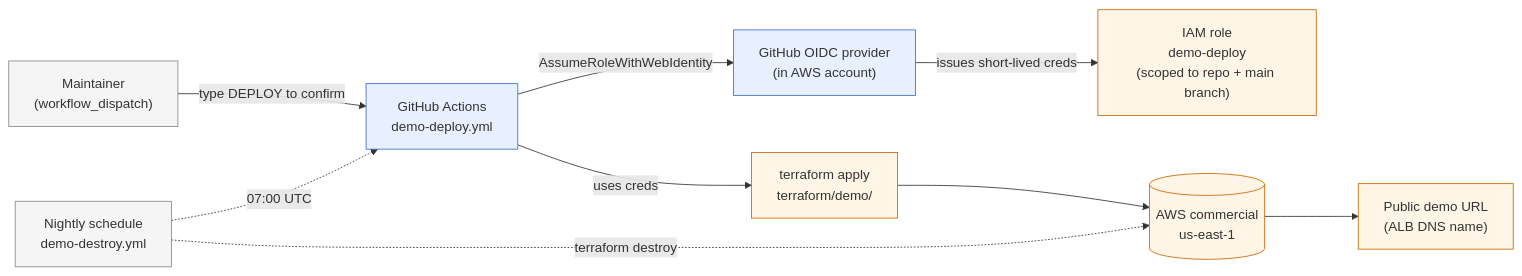
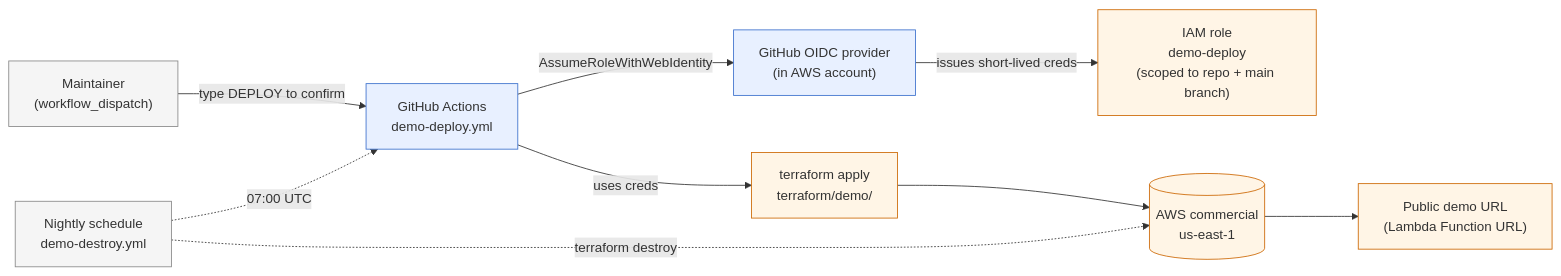
The second of 2 diagrams in diagrams/network.md (mikejmckinney/cmmc-level2-aws-enclave-reference2), drawn with Mermaid before and after one commit. The commit also changed 8 other files, not shown here.

````diff
--- a/diagrams/network.md
+++ b/diagrams/network.md
@@ -127,28 +127,28 @@
 ```mermaid
 flowchart LR
     Dev["Maintainer<br/>(workflow_dispatch)"]
     GHA["GitHub Actions<br/>demo-deploy.yml"]
     OIDC["GitHub OIDC provider<br/>(in AWS account)"]
     Role["IAM role<br/>demo-deploy<br/>(scoped to repo + main branch)"]
     TF["terraform apply<br/>terraform/demo/"]
     AWS[("AWS commercial<br/>us-east-1")]
-    URL["Public demo URL<br/>(ALB DNS name)"]
+    URL["Public demo URL<br/>(Lambda Function URL)"]
     Cron["Nightly schedule<br/>demo-destroy.yml"]
 
     Dev -- "type DEPLOY to confirm" --> GHA
     GHA -- "AssumeRoleWithWebIdentity" --> OIDC
     OIDC -- "issues short-lived creds" --> Role
     GHA -- "uses creds" --> TF
     TF --> AWS
     AWS --> URL
 
     Cron -. "07:00 UTC" .-> GHA
     Cron -. "terraform destroy" .-> AWS
 
     classDef external fill:#f5f5f5,stroke:#888;
     classDef ci fill:#e8f0ff,stroke:#3a6fcc;
     classDef aws fill:#fff5e6,stroke:#cc6600;
     class Dev,Cron external
     class GHA,OIDC ci
     class Role,TF,AWS,URL aws
 ```
````
